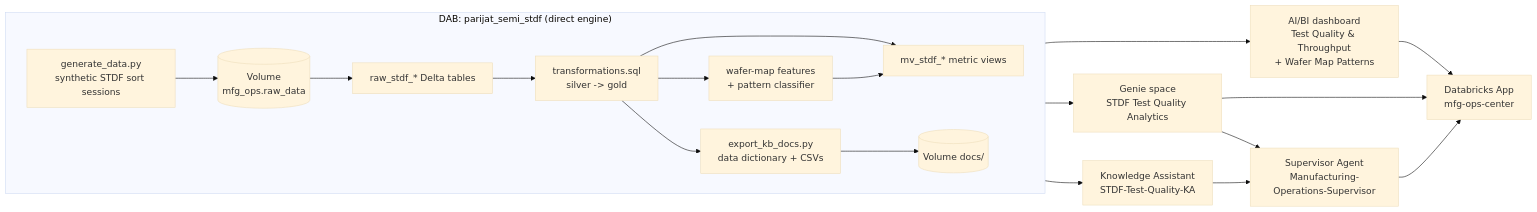
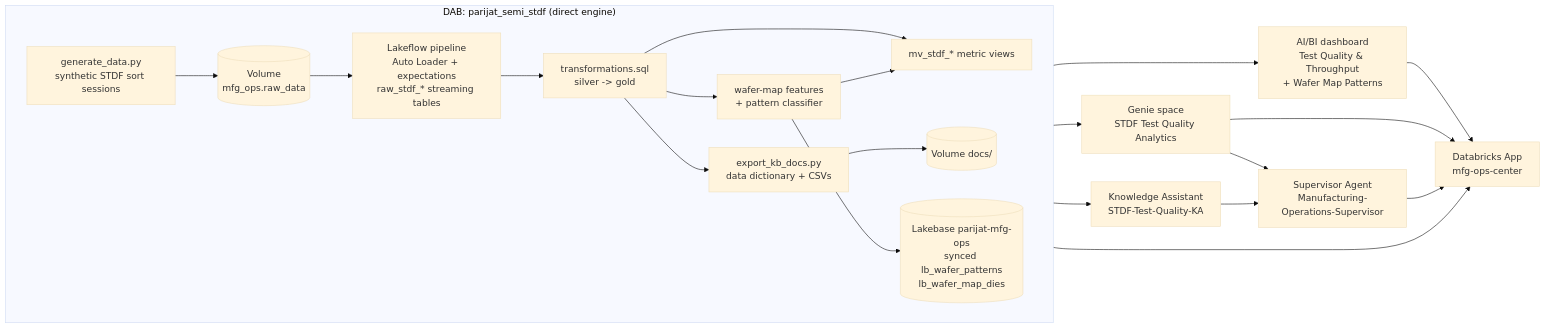
Before and after one commit to parijatbhi-db/manufacturing-operations-center: the diagram in docs/DESIGN.md, drawn with Mermaid (base theme). The commit also changed other lines of this file and 19 other files, not shown here.

First line of the commit message:
Add Lakeflow ingestion, Lakebase operational serving, and in-app pipeline refresh

````diff
--- a/docs/DESIGN.md
+++ b/docs/DESIGN.md
@@ -40,22 +54,24 @@
 ```mermaid
 flowchart LR
   subgraph Bundle["DAB: parijat_semi_stdf (direct engine)"]
     direction LR
     G[generate_data.py<br/>synthetic STDF sort sessions] --> V[(Volume<br/>mfg_ops.raw_data)]
-    V --> R[raw_stdf_* Delta tables]
+    V --> R[Lakeflow pipeline<br/>Auto Loader + expectations<br/>raw_stdf_* streaming tables]
     R --> S[transformations.sql<br/>silver -> gold]
     S --> W[wafer-map features<br/>+ pattern classifier]
     S --> MV[mv_stdf_* metric views]
     W --> MV
     S --> E[export_kb_docs.py<br/>data dictionary + CSVs]
     E --> D[(Volume docs/)]
+    W --> LB[(Lakebase parijat-mfg-ops<br/>synced lb_wafer_patterns<br/>lb_wafer_map_dies)]
   end
+  LB --> APP
   MV --> GEN[Genie space<br/>STDF Test Quality Analytics]
   S --> DASH[AI/BI dashboard<br/>Test Quality & Throughput<br/>+ Wafer Map Patterns]
   D --> KA[Knowledge Assistant<br/>STDF-Test-Quality-KA]
   GEN --> MAS[Supervisor Agent<br/>Manufacturing-Operations-Supervisor]
   KA --> MAS
   DASH --> APP[Databricks App<br/>mfg-ops-center]
   GEN --> APP
   MAS --> APP
 ```
````
